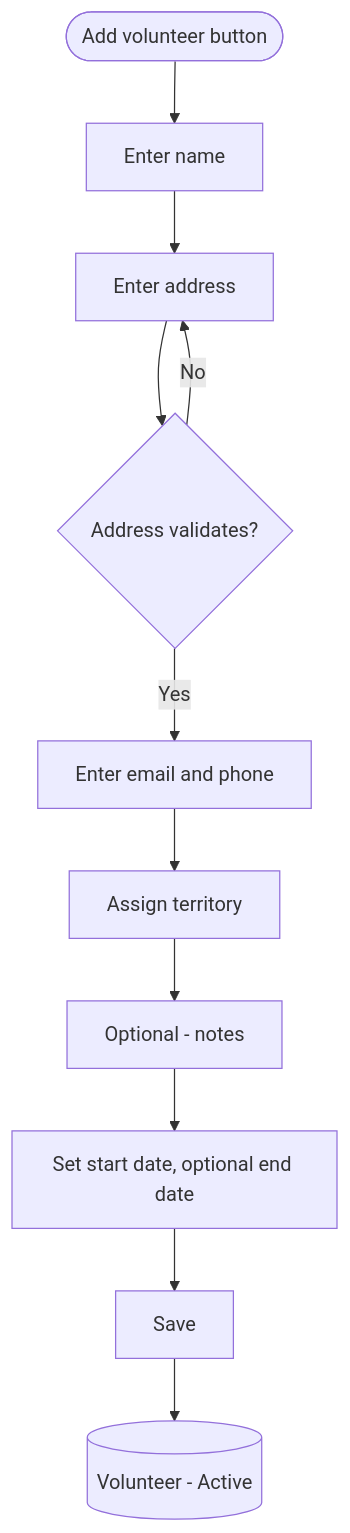
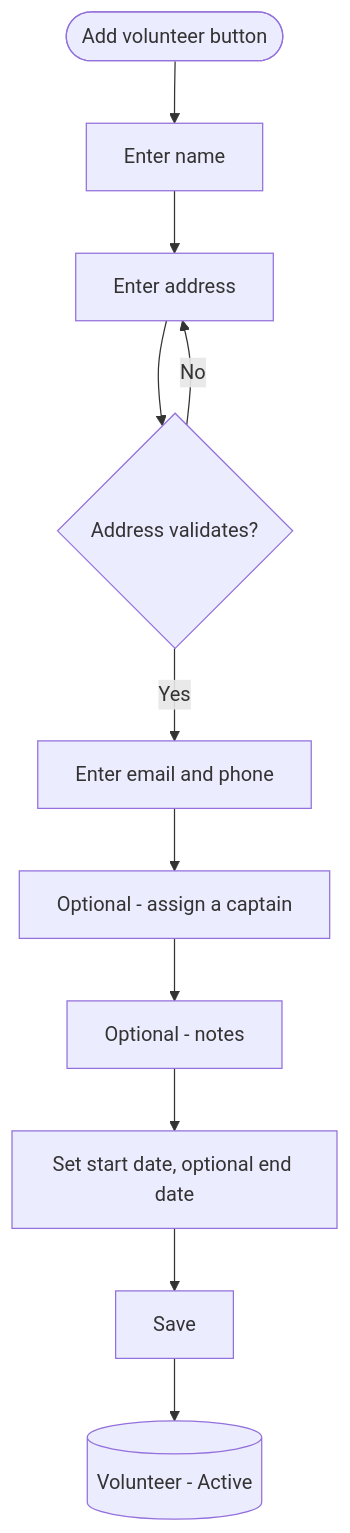
The third of 11 diagrams in docs/people_management_flow_v1.md (uwblueprint/beach-metro), drawn with Mermaid before and after one commit. The commit also changed other lines of this file, not shown here.

First line of the commit message:
Redefine territory as volunteers and commercial drops, captain-direct assignment, and manual-only retirement (BM-24)

````diff
--- a/docs/people_management_flow_v1.md
+++ b/docs/people_management_flow_v1.md
@@ -84,13 +86,13 @@
 ```mermaid
 flowchart TD
     Start([Add volunteer button]) --> Name[Enter name]
     Name --> Addr[Enter address]
     Addr --> Valid{Address validates?}
     Valid -->|No| Addr
     Valid -->|Yes| Contact[Enter email and phone]
-    Contact --> Terr[Assign territory]
-    Terr --> Notes[Optional - notes]
+    Contact --> Cap[Optional - assign a captain]
+    Cap --> Notes[Optional - notes]
     Notes --> Dates[Set start date, optional end date]
     Dates --> Save[Save]
     Save --> Active[(Volunteer - Active)]
 ```
````
